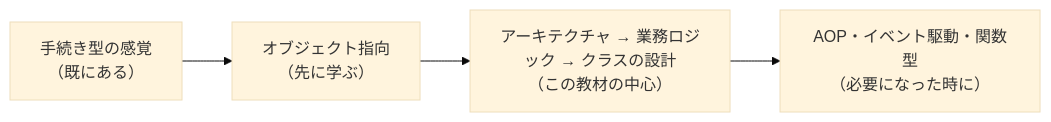
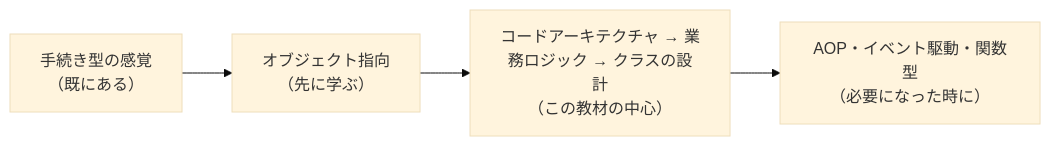
One commit to t-inoue0214/starter-code-design changed the fourth of 5 diagrams in chapters/00-paradigms.md. Above: the diagram before and after it, drawn with Mermaid (base theme). The commit also changed other lines of this file and 171 other files, not shown here.

````diff
--- a/chapters/00-paradigms.md
+++ b/chapters/00-paradigms.md
@@ -123,6 +123,6 @@
 ```mermaid
 flowchart LR
     S["手続き型の感覚<br/>（既にある）"] --> O["オブジェクト指向<br/>（先に学ぶ）"]
-    O --> P["アーキテクチャ → 業務ロジック → クラスの設計<br/>（この教材の中心）"]
+    O --> P["コードアーキテクチャ → 業務ロジック → クラスの設計<br/>（この教材の中心）"]
     P --> T["AOP・イベント駆動・関数型<br/>（必要になった時に）"]
 ```
````
